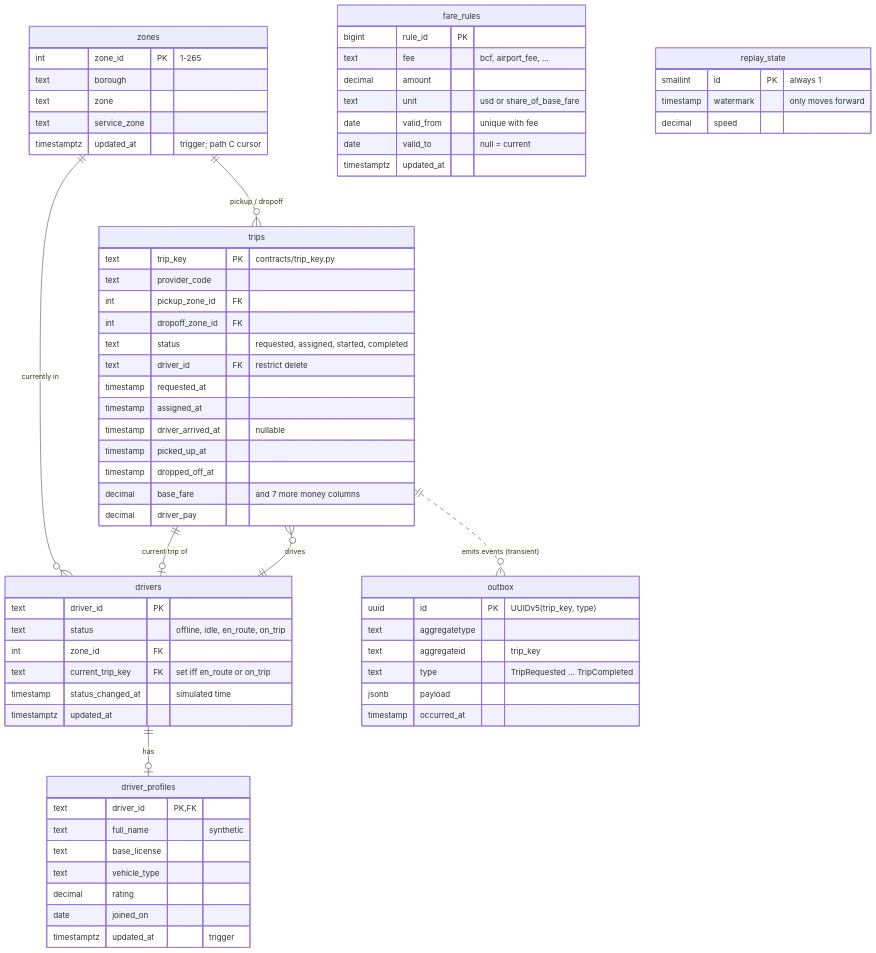
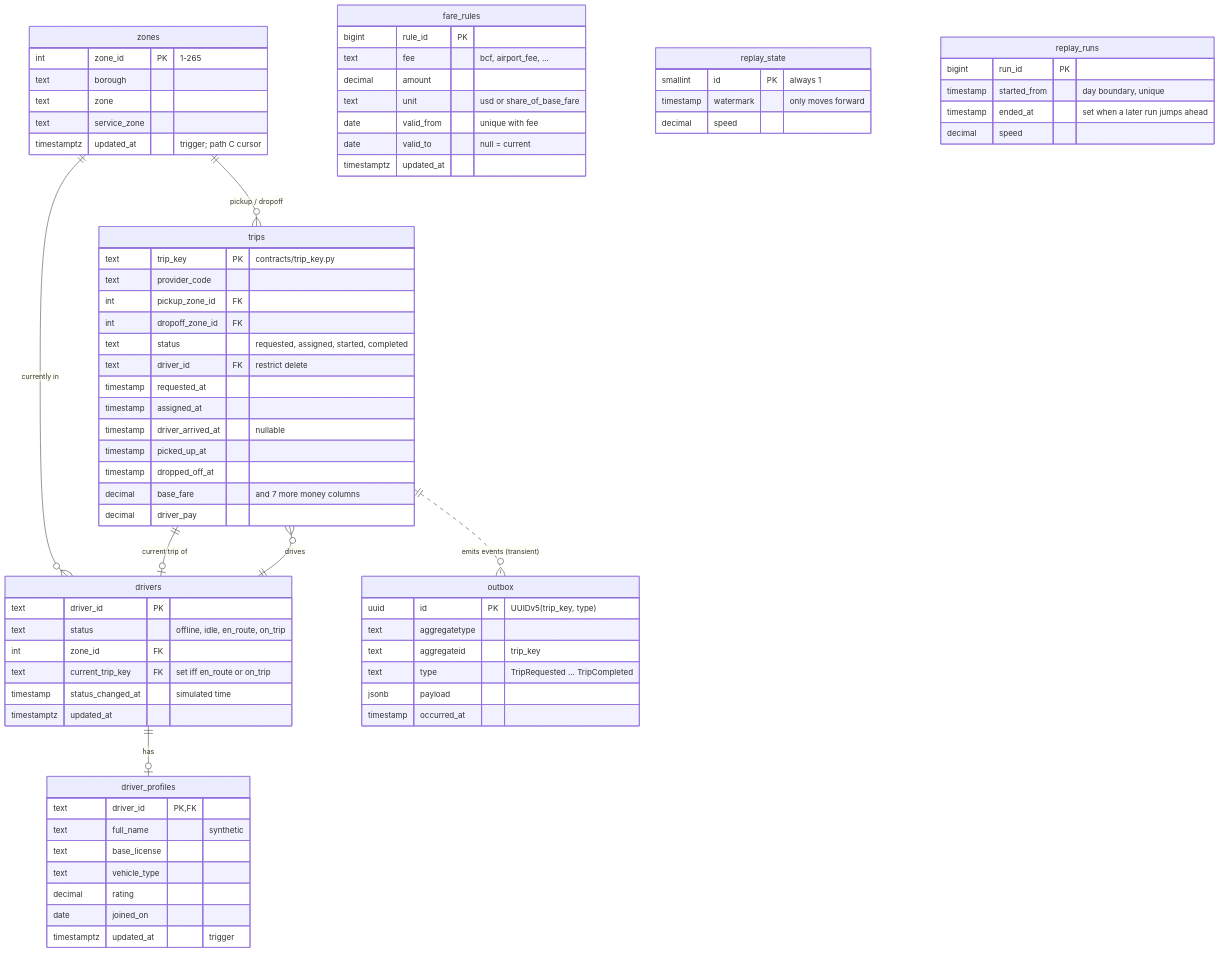
One commit to haotieu2001/ridepulse changed the first of 2 diagrams in docs/design/erd.md. Above: the diagram before and after it, drawn with Mermaid. The commit also changed other lines of this file and 10 other files, not shown here.

First line of the commit message:
Add the migration runner, V002 replay runs and schema tests in CI

````diff
--- a/docs/design/erd.md
+++ b/docs/design/erd.md
@@ -12,71 +13,77 @@
 ```mermaid
 erDiagram
     zones ||--o{ trips : "pickup / dropoff"
     zones ||--o{ drivers : "currently in"
     drivers ||--o| driver_profiles : "has"
     drivers ||--o{ trips : "drives"
     trips ||--o| drivers : "current trip of"
     trips ||..o{ outbox : "emits events (transient)"
 
     zones {
         int zone_id PK "1-265"
         text borough
         text zone
         text service_zone
         timestamptz updated_at "trigger; path C cursor"
     }
     fare_rules {
         bigint rule_id PK
         text fee "bcf, airport_fee, ..."
         decimal amount
         text unit "usd or share_of_base_fare"
         date valid_from "unique with fee"
         date valid_to "null = current"
         timestamptz updated_at
     }
     drivers {
         text driver_id PK
         text status "offline, idle, en_route, on_trip"
         int zone_id FK
         text current_trip_key FK "set iff en_route or on_trip"
         timestamp status_changed_at "simulated time"
         timestamptz updated_at
     }
     driver_profiles {
         text driver_id PK, FK
         text full_name "synthetic"
         text base_license
         text vehicle_type
         decimal rating
         date joined_on
         timestamptz updated_at "trigger"
     }
     trips {
         text trip_key PK "contracts/trip_key.py"
         text provider_code
         int pickup_zone_id FK
         int dropoff_zone_id FK
         text status "requested, assigned, started, completed"
         text driver_id FK "restrict delete"
         timestamp requested_at
         timestamp assigned_at
         timestamp driver_arrived_at "nullable"
         timestamp picked_up_at
         timestamp dropped_off_at
         decimal base_fare "and 7 more money columns"
         decimal driver_pay
     }
     outbox {
         uuid id PK "UUIDv5(trip_key, type)"
         text aggregatetype
         text aggregateid "trip_key"
         text type "TripRequested ... TripCompleted"
         jsonb payload
         timestamp occurred_at
     }
     replay_state {
         smallint id PK "always 1"
         timestamp watermark "only moves forward"
         decimal speed
     }
+    replay_runs {
+        bigint run_id PK
+        timestamp started_from "day boundary, unique"
+        timestamp ended_at "set when a later run jumps ahead"
+        decimal speed
+    }
 ```
````
